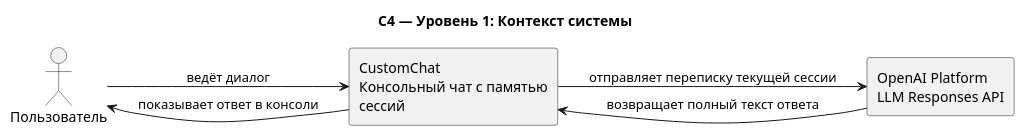
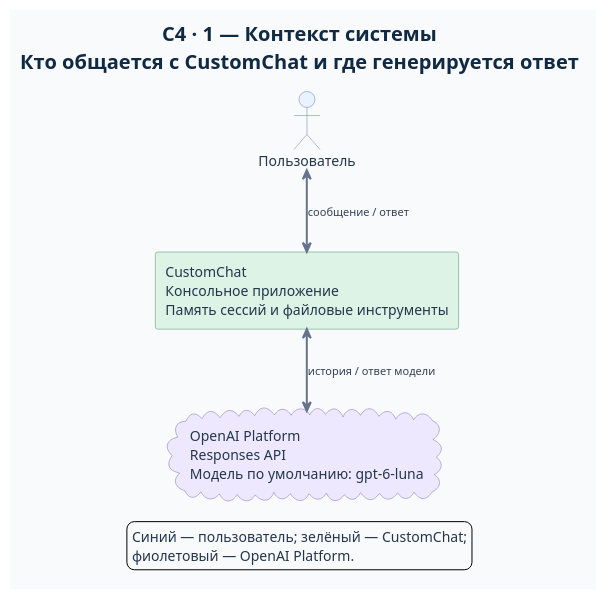
Before and after one commit to Dima163163/tg-bot: the diagram in 03-codex-killer/docs/diagrams/c4-context.puml, drawn with PlantUML. The commit also changed 8 other files, not shown here.

```diff
--- a/03-codex-killer/docs/diagrams/c4-context.puml
+++ b/03-codex-killer/docs/diagrams/c4-context.puml
@@ -1,15 +1,36 @@
 @startuml
-title C4 — Уровень 1: Контекст системы
-left to right direction
+title C4 · 1 — Контекст системы\nКто общается с CustomChat и где генерируется ответ
+top to bottom direction
+skinparam backgroundColor #F8FAFC
 skinparam shadowing false
-skinparam wrapWidth 220
+skinparam defaultFontName Arial
+skinparam defaultFontSize 14
+skinparam defaultFontColor #24364B
+skinparam titleFontSize 20
+skinparam titleFontStyle bold
+skinparam titleFontColor #102A43
+skinparam ArrowColor #64748B
+skinparam ArrowThickness 2
+skinparam ArrowFontColor #334155
+skinparam ArrowFontSize 11
+skinparam nodesep 75
+skinparam ranksep 65
+skinparam actorBackgroundColor #EAF2FF
+skinparam actorBorderColor #5B82B1
+skinparam rectangleBackgroundColor #DDF3E5
+skinparam rectangleBorderColor #4C8C67
+skinparam cloudBackgroundColor #EEE8FF
+skinparam cloudBorderColor #7B68AE
 
-actor "Пользователь" as user
-rectangle "CustomChat\nКонсольный чат с памятью сессий" as app
-rectangle "OpenAI Platform\nLLM Responses API" as openai
+actor "Пользователь" as user #EAF2FF
+rectangle "CustomChat\nКонсольное приложение\nПамять сессий и файловые инструменты" as app #DDF3E5
+cloud "OpenAI Platform\nResponses API\nМодель по умолчанию: gpt-6-luna" as openai #EEE8FF
 
-user --> app : ведёт диалог
-app --> openai : отправляет переписку текущей сессии
-openai --> app : возвращает полный текст ответа
-app --> user : показывает ответ в консоли
+user <--> app : сообщение / ответ
+app <--> openai : история / ответ модели
+
+legend bottom
+  Синий — пользователь; зелёный — CustomChat;
+  фиолетовый — OpenAI Platform.
+endlegend
 @enduml
```
